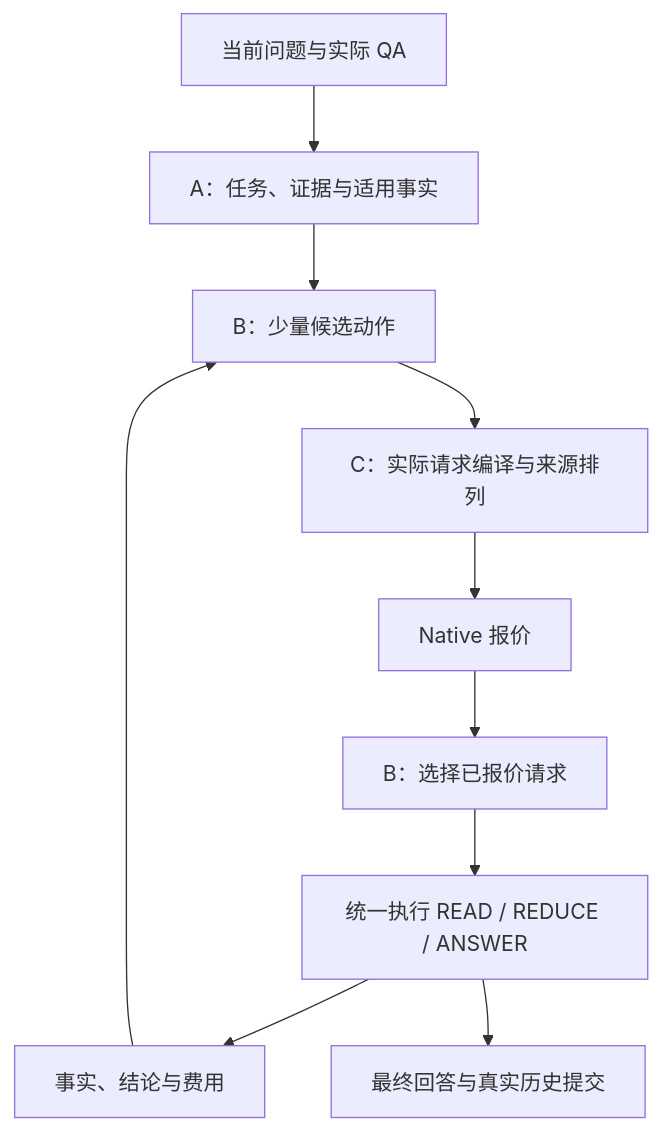
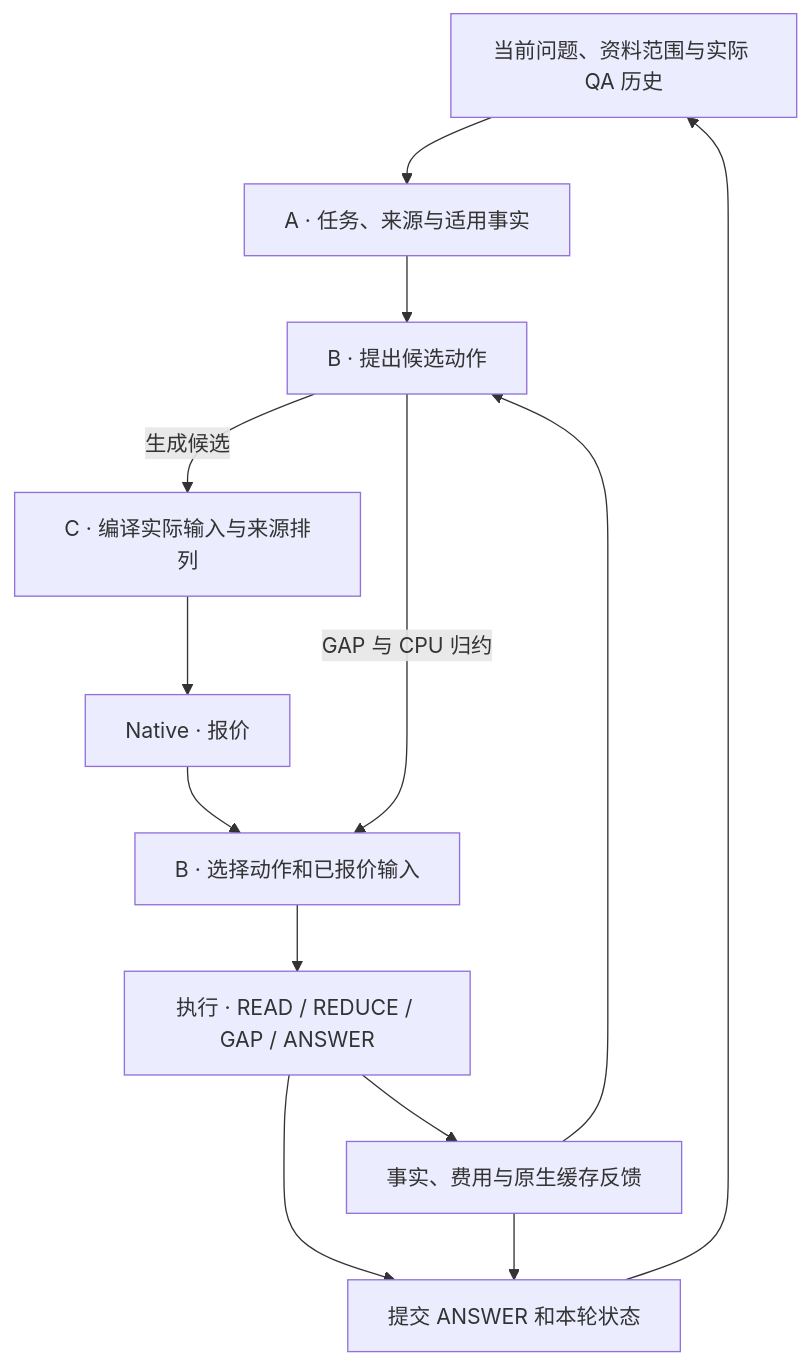
One commit to issaddy/ContextKV changed the diagram in docs/architecture.md. Above: the diagram before and after it, drawn with Mermaid. The commit also changed other lines of this file and 7 other files, not shown here.

````diff
--- a/docs/architecture.md
+++ b/docs/architecture.md
@@ -7,12 +7,15 @@
 ```mermaid
 flowchart TD
-    H["当前问题与实际 QA"] --> A["A：任务、证据与适用事实"]
-    A --> B["B：少量候选动作"]
-    B --> C["C：实际请求编译与来源排列"]
-    C --> N["Native 报价"]
-    N --> S["B：选择已报价请求"]
-    S --> R["统一执行 READ / REDUCE / ANSWER"]
-    R --> G["事实、结论与费用"]
-    G --> B
-    R --> F["最终回答与真实历史提交"]
+    H["当前问题、资料范围与实际 QA 历史"] --> A["A · 任务、来源与适用事实"]
+    A --> B["B · 提出候选动作"]
+    B -->|生成候选| C["C · 编译实际输入与来源排列"]
+    C --> N["Native · 报价"]
+    N --> S["B · 选择动作和已报价输入"]
+    B -->|GAP 与 CPU 归约| S
+    S --> E["执行 · READ / REDUCE / GAP / ANSWER"]
+    E --> F["事实、费用与原生缓存反馈"]
+    F --> B
+    E --> T["提交 ANSWER 和本轮状态"]
+    F --> T
+    T --> H
 ```
````
